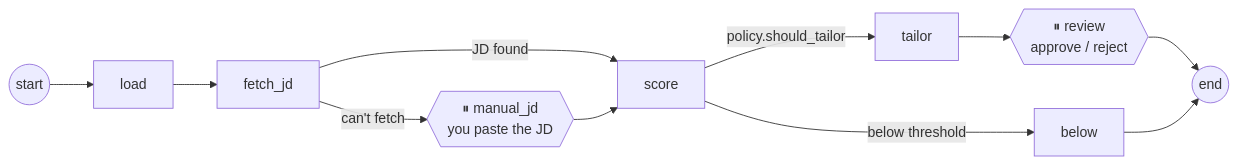
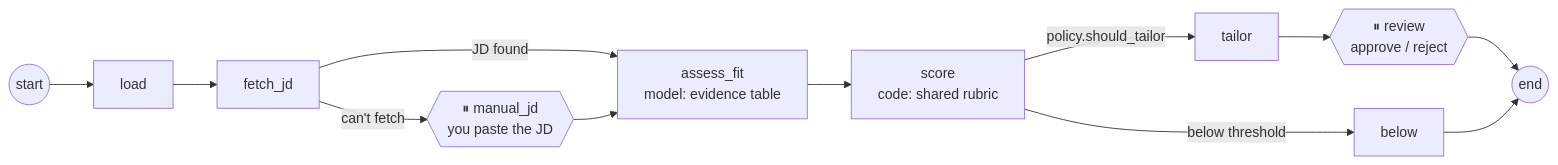
Before and after one commit to esscott1/job-search-assistant: the second of 2 diagrams in orchestration/job-search/README.md, drawn with Mermaid. The commit also changed other lines of this file and 29 other files, not shown here.

First line of the commit message:
LangGraph scores through the shared rubric (roadmap milestone 3)

````diff
--- a/orchestration/job-search/README.md
+++ b/orchestration/job-search/README.md
@@ -52,9 +53,10 @@
 ```mermaid
 flowchart LR
     START((start)) --> load --> fetch_jd
-    fetch_jd -- JD found --> score
+    fetch_jd -- JD found --> assess_fit["assess_fit<br/>model: evidence table"]
     fetch_jd -- can't fetch --> manual_jd{{"⏸ manual_jd<br/>you paste the JD"}}
-    manual_jd --> score
+    manual_jd --> assess_fit
+    assess_fit --> score["score<br/>code: shared rubric"]
     score -- "policy.should_tailor" --> tailor --> review{{"⏸ review<br/>approve / reject"}} --> END((end))
     score -- below threshold --> below --> END
 ```
````
